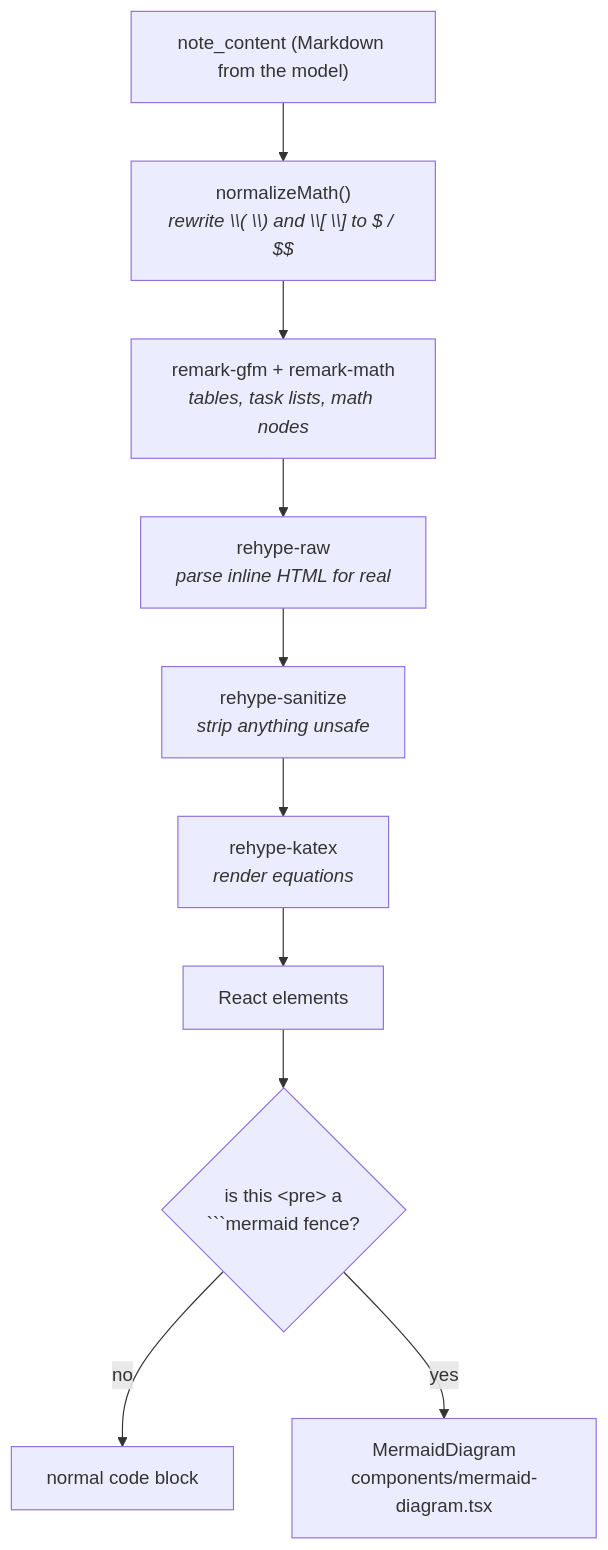
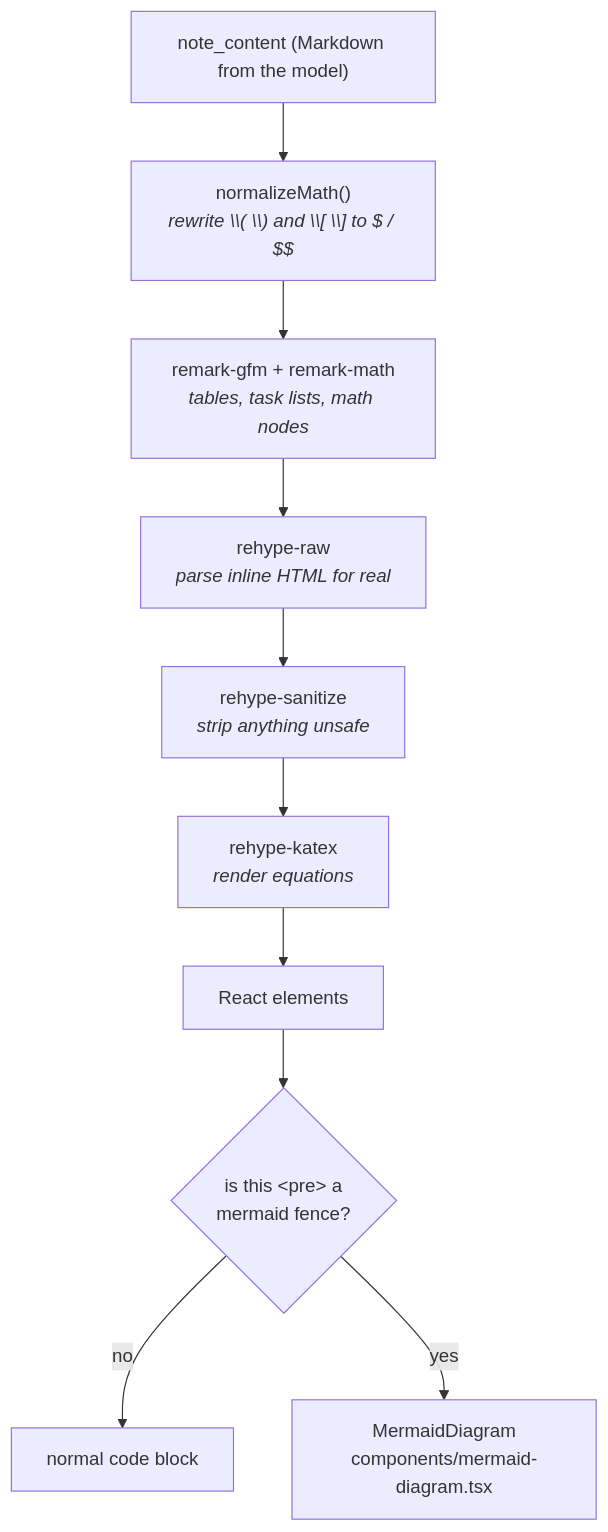
One commit to karlwehbe/AI-Note-taker changed diagram 16 of 16 in FLOW.md. Above: the diagram before and after it, drawn with Mermaid. The commit also changed other lines of this file and 1 other file, not shown here.

Commit message:
Updated README.md and FLOW.md

````diff
--- a/FLOW.md
+++ b/FLOW.md
@@ -574,12 +640,12 @@
 ```mermaid
 flowchart TD
   SRC["note_content (Markdown from the model)"] --> NM["normalizeMath()<br/><i>rewrite \\( \\) and \\[ \\] to $ / $$</i>"]
   NM --> RG["remark-gfm + remark-math<br/><i>tables, task lists, math nodes</i>"]
   RG --> RAW["rehype-raw<br/><i>parse inline HTML for real</i>"]
   RAW --> SAN["rehype-sanitize<br/><i>strip anything unsafe</i>"]
   SAN --> KTX["rehype-katex<br/><i>render equations</i>"]
   KTX --> OUT["React elements"]
-  OUT --> PRE{"is this &lt;pre&gt; a<br/>```mermaid fence?"}
+  OUT --> PRE{"is this &lt;pre&gt; a<br/>mermaid fence?"}
   PRE -->|no| CODE["normal code block"]
   PRE -->|yes| MD["MermaidDiagram<br/>components/mermaid-diagram.tsx"]
 ```
````
